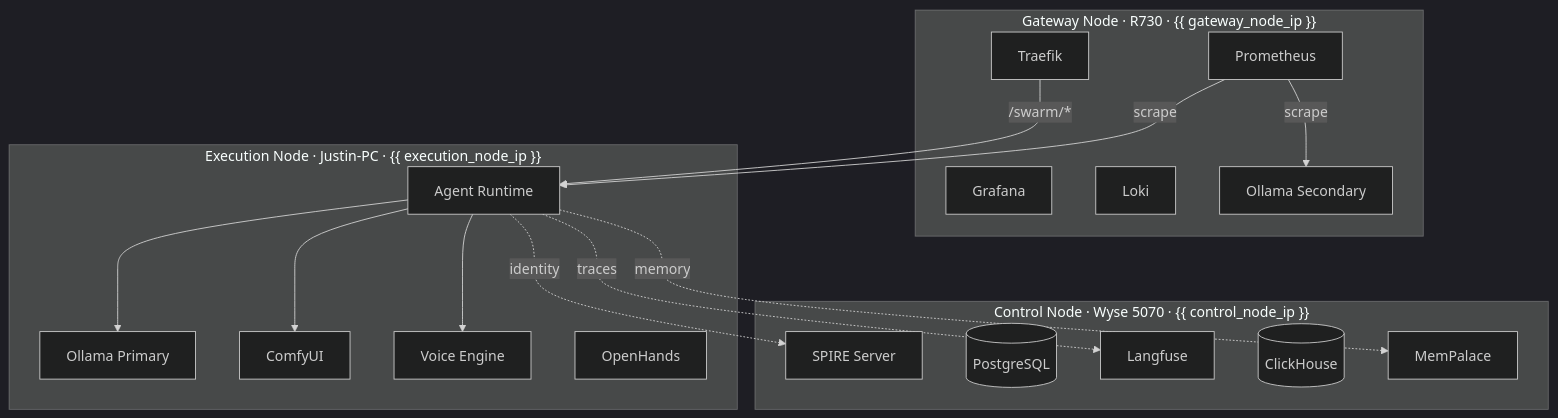
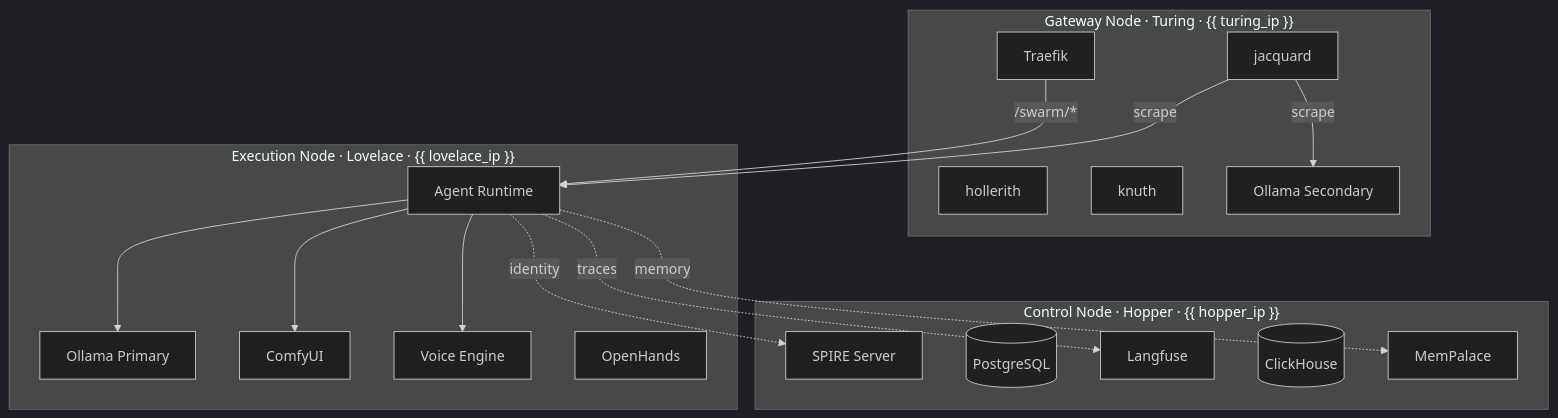
The diagram in docs-site/docs/architecture/index.md (Misterobots/Agent_Swarm), drawn with Mermaid (dark theme) before and after one commit. The commit also changed other lines of this file and 350 other files, not shown here.

````diff
--- a/docs-site/docs/architecture/index.md
+++ b/docs-site/docs/architecture/index.md
@@ -9,36 +9,36 @@
 ```mermaid
 graph TB
-    subgraph Gateway["Gateway Node · R730 · {{ gateway_node_ip }}"]
+    subgraph Gateway["Gateway Node · Turing · {{ turing_ip }}"]
         Traefik[Traefik]
-        Prometheus[Prometheus]
-        Grafana[Grafana]
-        Loki[Loki]
+        jacquard[jacquard]
+        hollerith[hollerith]
+        knuth[knuth]
         OllamaGW[Ollama Secondary]
     end
 
-    subgraph Execution["Execution Node · Justin-PC · {{ execution_node_ip }}"]
+    subgraph Execution["Execution Node · Lovelace · {{ lovelace_ip }}"]
         Runtime[Agent Runtime]
         Ollama[Ollama Primary]
         ComfyUI[ComfyUI]
         VoiceEng[Voice Engine]
         OpenHands[OpenHands]
     end
 
-    subgraph Control["Control Node · Wyse 5070 · {{ control_node_ip }}"]
+    subgraph Control["Control Node · Hopper · {{ hopper_ip }}"]
         SPIRE[SPIRE Server]
         PG[(PostgreSQL)]
         Langfuse[Langfuse]
         CH[(ClickHouse)]
         MemPalace[MemPalace]
     end
 
     Traefik -->|/swarm/*| Runtime
     Runtime --> Ollama
     Runtime --> ComfyUI
     Runtime --> VoiceEng
     Runtime -.->|identity| SPIRE
     Runtime -.->|traces| Langfuse
     Runtime -.->|memory| MemPalace
-    Prometheus -->|scrape| Runtime
-    Prometheus -->|scrape| OllamaGW
+    jacquard -->|scrape| Runtime
+    jacquard -->|scrape| OllamaGW
 ```
````
